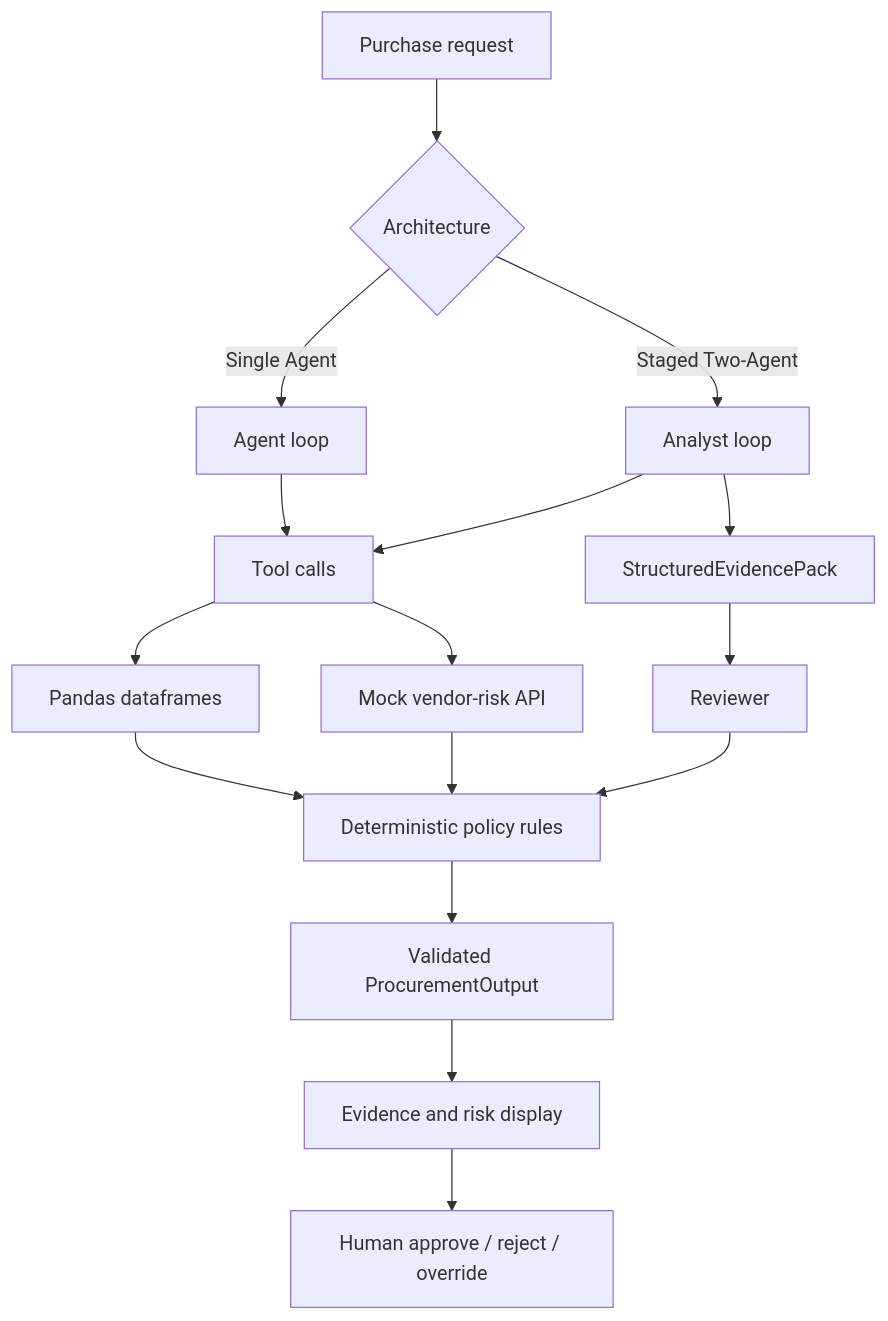
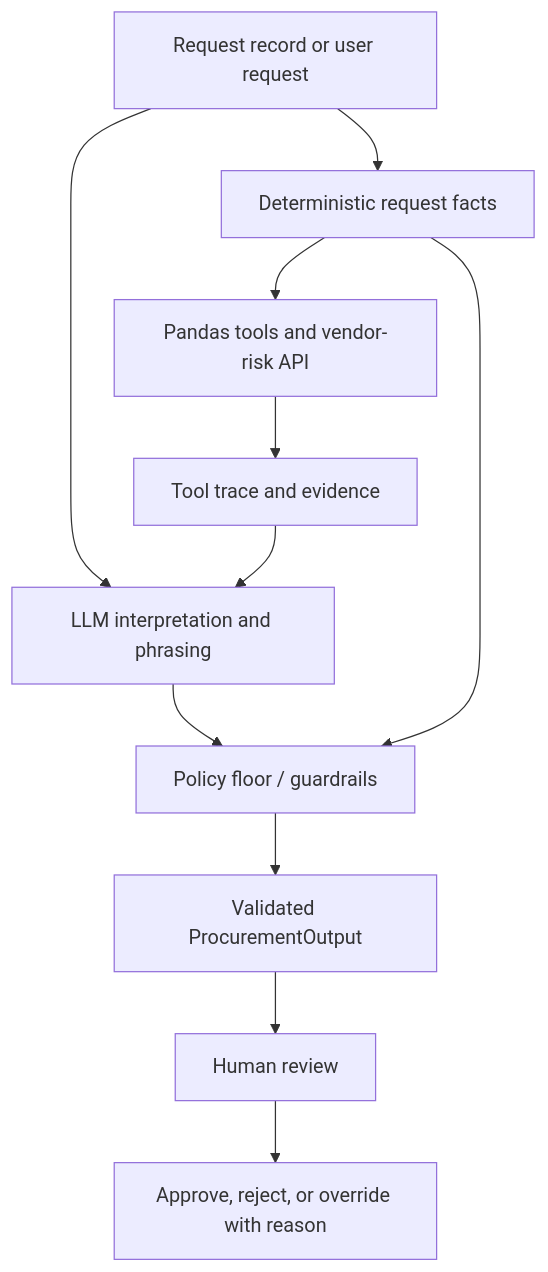
The diagram in docs/architecture_workflow.md (MineshShaw/FDE_Assessment_3), drawn with Mermaid before and after one commit. The commit also changed other lines of this file and 4 other files, not shown here.

Commit message:
feat(tools): harden catalog and vendor evidence

````diff
--- a/docs/architecture_workflow.md
+++ b/docs/architecture_workflow.md
@@ -3,18 +3,13 @@
 ```mermaid
 flowchart TD
-    A[Purchase request] --> B{Architecture}
-    B -->|Single Agent| C[Agent loop]
-    B -->|Staged Two-Agent| D[Analyst loop]
-    D --> E[StructuredEvidencePack]
-    E --> F[Reviewer]
-    C --> G[Tool calls]
-    D --> G
-    G --> H[Pandas dataframes]
-    G --> I[Mock vendor-risk API]
-    H --> J[Deterministic policy rules]
-    I --> J
-    F --> J
-    J --> K[Validated ProcurementOutput]
-    K --> L[Evidence and risk display]
-    L --> M[Human approve / reject / override]
+    A[Request record or user request] --> B[Deterministic request facts]
+    B --> C[Pandas tools and vendor-risk API]
+    C --> D[Tool trace and evidence]
+    A --> E[LLM interpretation and phrasing]
+    D --> E
+    E --> F[Policy floor / guardrails]
+    B --> F
+    F --> G[Validated ProcurementOutput]
+    G --> H[Human review]
+    H --> I[Approve, reject, or override with reason]
 ```
````
